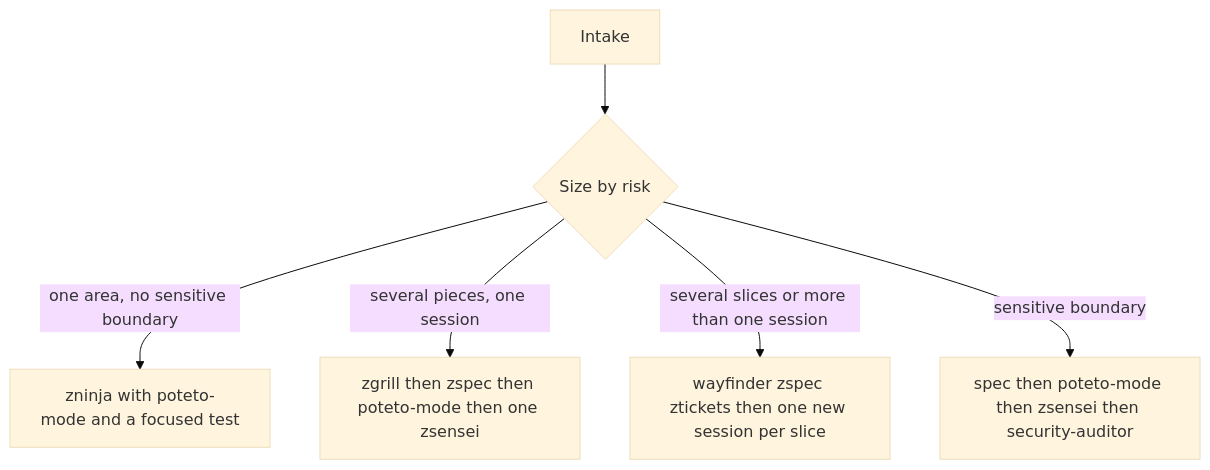
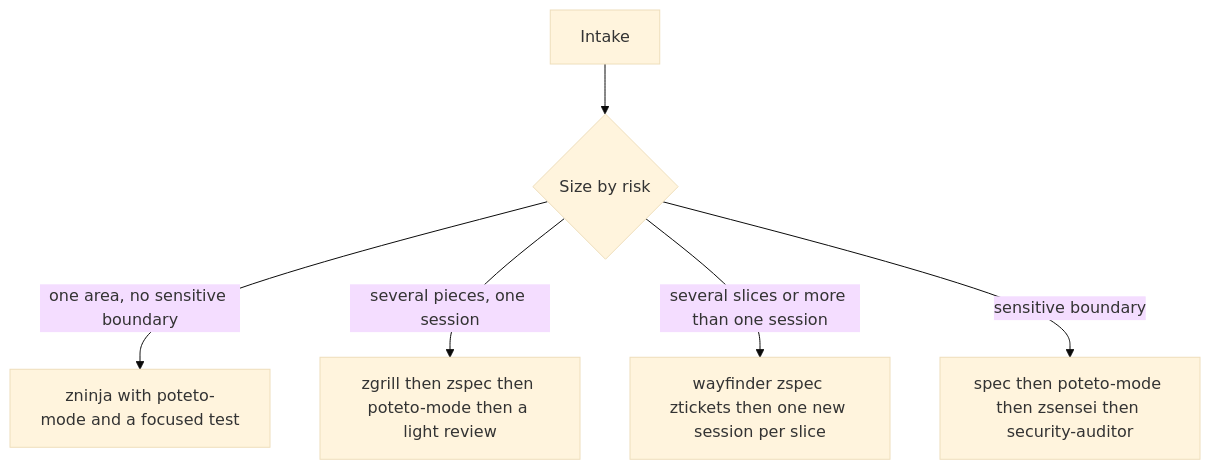
The first of 2 diagrams in docs/workflow.md (Byevenes/agent-workflow), drawn with Mermaid (base theme) before and after one commit. The commit also changed other lines of this file and 19 other files, not shown here.

````diff
--- a/docs/workflow.md
+++ b/docs/workflow.md
@@ -11,8 +11,8 @@
 ```mermaid
 flowchart TD
   intake[Intake] --> size{Size by risk}
   size -->|one area, no sensitive boundary| smallPath[zninja with poteto-mode and a focused test]
-  size -->|several pieces, one session| medPath[zgrill then zspec then poteto-mode then one zsensei]
+  size -->|several pieces, one session| medPath[zgrill then zspec then poteto-mode then a light review]
   size -->|several slices or more than one session| largePath[wayfinder zspec ztickets then one new session per slice]
   size -->|sensitive boundary| critPath[spec then poteto-mode then zsensei then security-auditor]
 ```
````
